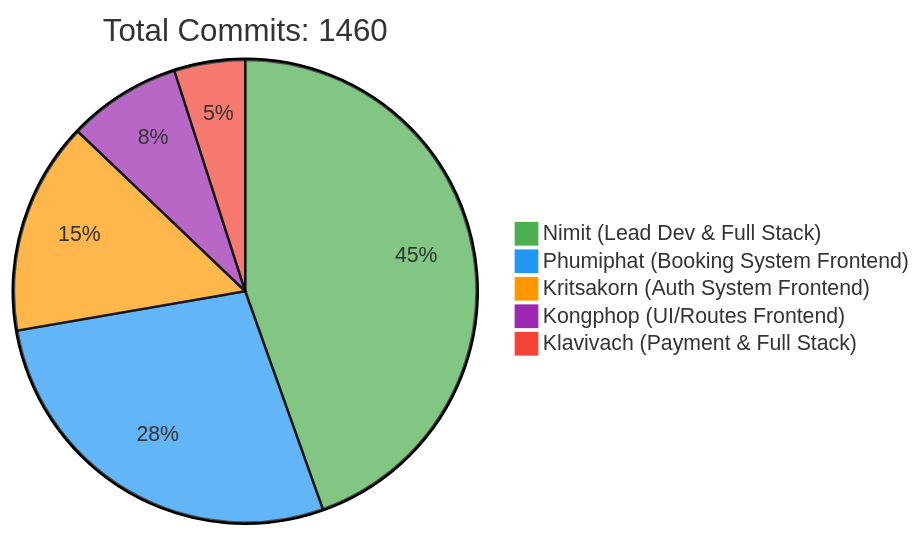
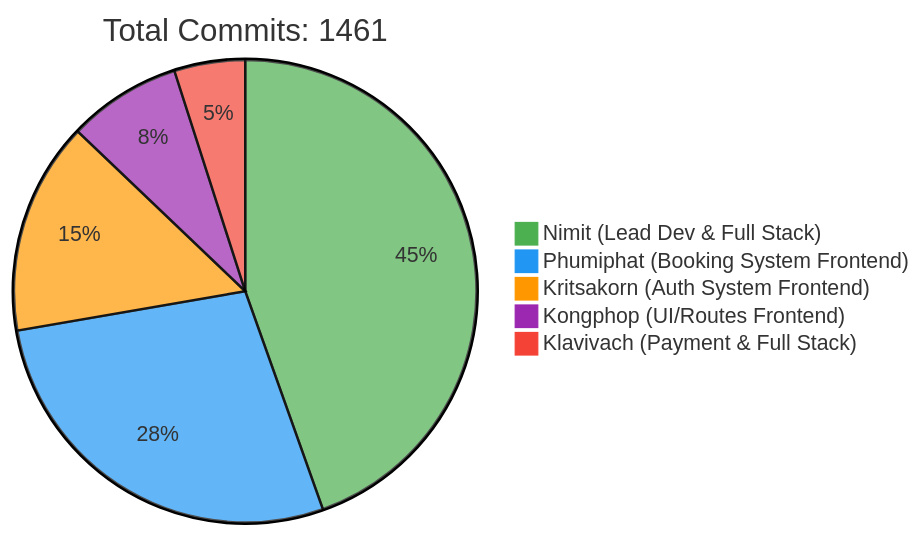
The first of 2 diagrams in README.md (6531503042/Sport-Complex), drawn with Mermaid before and after one commit. The commit also changed other lines of this file, not shown here.

Commit message:
docs: Update contributor statistics [skip ci]

````diff
--- a/README.md
+++ b/README.md
@@ -257,10 +257,10 @@
 ```mermaid
 %%{init: {'theme': 'base', 'themeVariables': { 'pie1': '#4CAF50', 'pie2': '#2196F3', 'pie3': '#FF9800', 'pie4': '#9C27B0', 'pie5': '#F44336'}}}%%
 pie
-    title Total Commits: 1460
+    title Total Commits: 1461
     "Nimit (Lead Dev & Full Stack)" : 450
     "Phumiphat (Booking System Frontend)" : 280
     "Kritsakorn (Auth System Frontend)" : 150
     "Kongphop (UI/Routes Frontend)" : 80
     "Klavivach (Payment & Full Stack)" : 50
 ```
````
